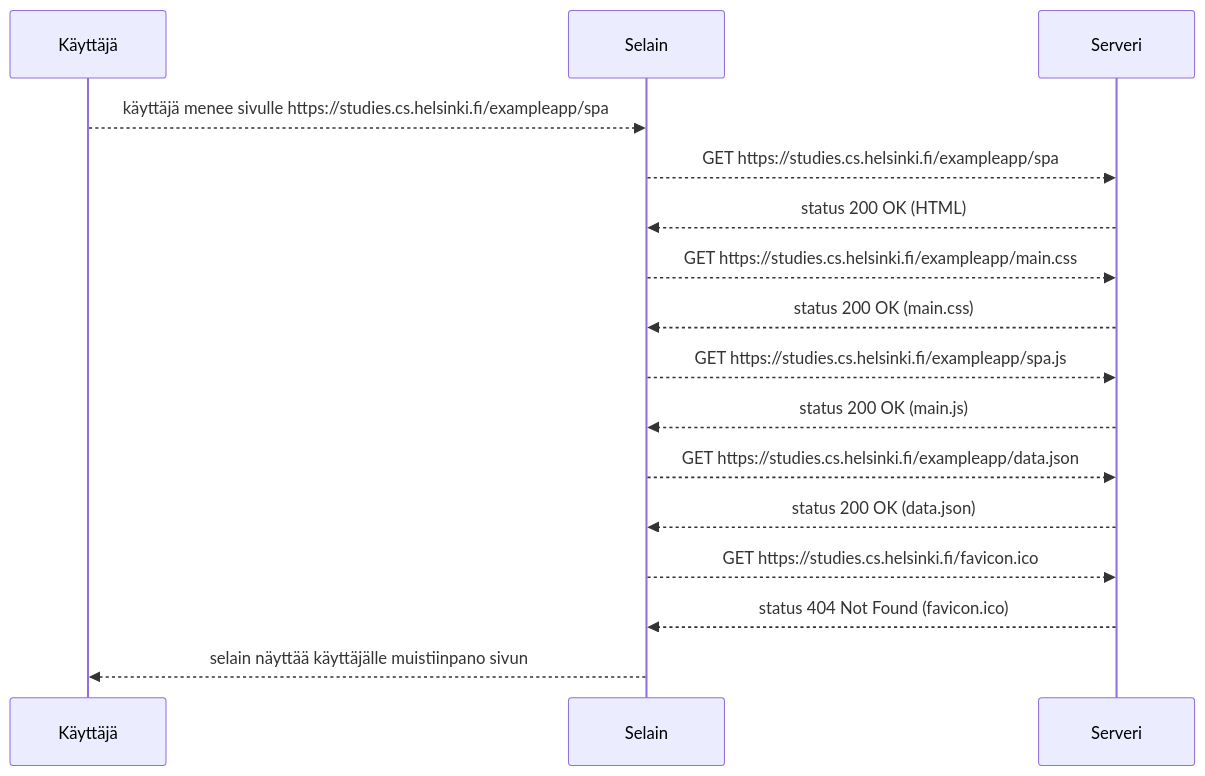
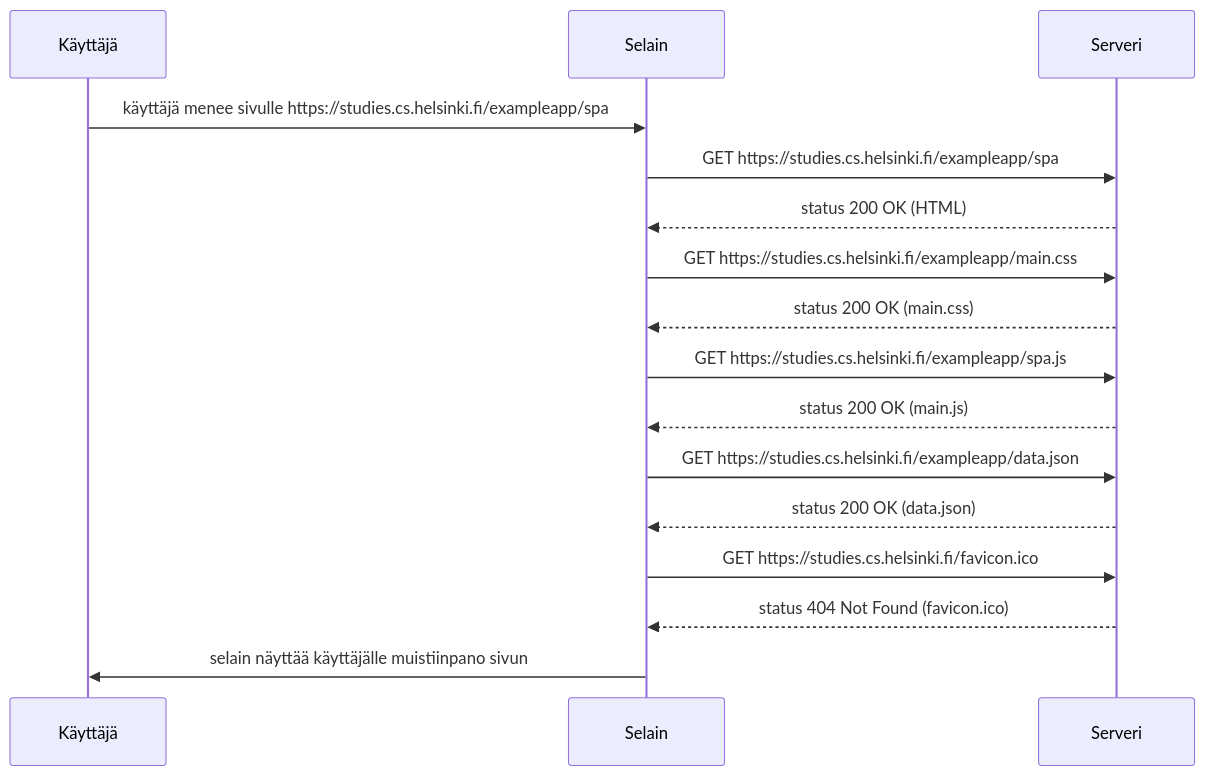
The second of 3 diagrams in README.md (Jarttu/Fso-0), drawn with Mermaid before and after one commit. The commit also changed other lines of this file, not shown here.

````diff
--- a/README.md
+++ b/README.md
@@ -18,19 +17,16 @@
 ```mermaid
 sequenceDiagram
-  participant Käyttäjä
-  participant Selain
-  participant Serveri
-
-  Käyttäjä-->>Selain: käyttäjä menee sivulle https://studies.cs.helsinki.fi/exampleapp/spa
-  Selain-->>Serveri: GET https://studies.cs.helsinki.fi/exampleapp/spa
+  
+  Käyttäjä->>Selain: käyttäjä menee sivulle https://studies.cs.helsinki.fi/exampleapp/spa
+  Selain->>Serveri: GET https://studies.cs.helsinki.fi/exampleapp/spa
   Serveri-->>Selain: status 200 OK (HTML)
-  Selain-->>Serveri: GET https://studies.cs.helsinki.fi/exampleapp/main.css
+  Selain->>Serveri: GET https://studies.cs.helsinki.fi/exampleapp/main.css
   Serveri-->>Selain: status 200 OK (main.css)
-  Selain-->>Serveri: GET https://studies.cs.helsinki.fi/exampleapp/spa.js
+  Selain->>Serveri: GET https://studies.cs.helsinki.fi/exampleapp/spa.js
   Serveri-->>Selain: status 200 OK (main.js)
-  Selain-->>Serveri: GET https://studies.cs.helsinki.fi/exampleapp/data.json
+  Selain->>Serveri: GET https://studies.cs.helsinki.fi/exampleapp/data.json
   Serveri-->>Selain: status 200 OK (data.json)
-  Selain-->>Serveri: GET https://studies.cs.helsinki.fi/favicon.ico
+  Selain->>Serveri: GET https://studies.cs.helsinki.fi/favicon.ico
   Serveri-->>Selain: status 404 Not Found (favicon.ico)
-  Selain-->>Käyttäjä: selain näyttää käyttäjälle muistiinpano sivun
+  Selain->>Käyttäjä: selain näyttää käyttäjälle muistiinpano sivun
 ```
````
